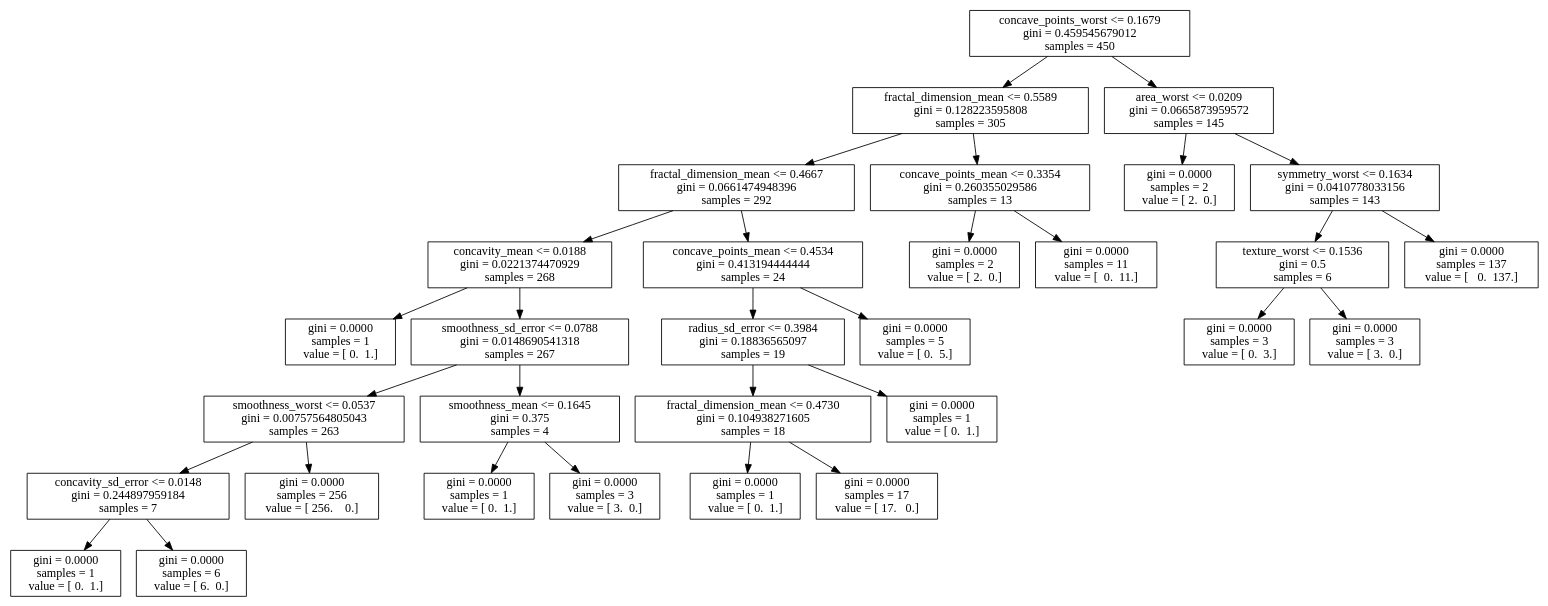
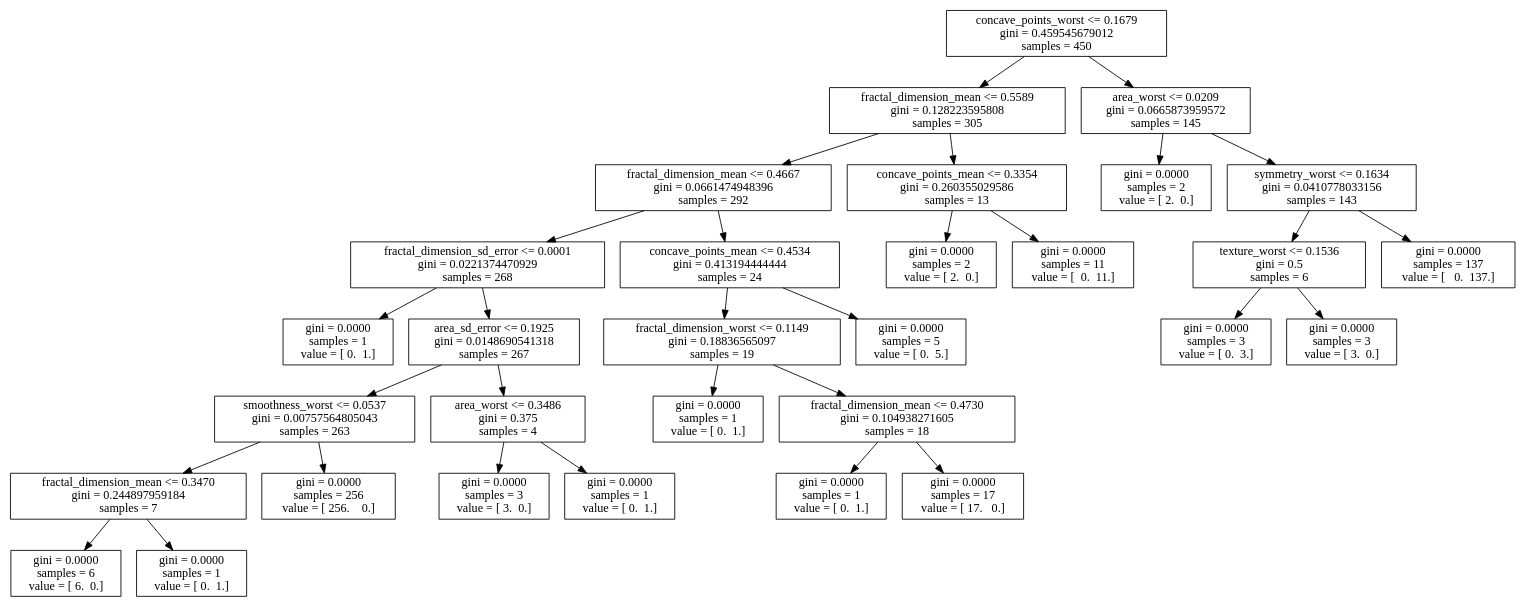
One commit to denisvrdoljak/GAdenis changed the diagram in tree.dot. Above: the diagram before and after it, drawn with Graphviz. The commit also changed 2 other files, not shown here.

```diff
--- a/tree.dot
+++ b/tree.dot
@@ -1,63 +1,63 @@
 digraph Tree {
 0 [label="concave_points_worst <= 0.1679\ngini = 0.459545679012\nsamples = 450", shape="box"] ;
 1 [label="fractal_dimension_mean <= 0.5589\ngini = 0.128223595808\nsamples = 305", shape="box"] ;
 0 -> 1 ;
 2 [label="fractal_dimension_mean <= 0.4667\ngini = 0.0661474948396\nsamples = 292", shape="box"] ;
 1 -> 2 ;
-3 [label="concavity_mean <= 0.0188\ngini = 0.0221374470929\nsamples = 268", shape="box"] ;
+3 [label="fractal_dimension_sd_error <= 0.0001\ngini = 0.0221374470929\nsamples = 268", shape="box"] ;
 2 -> 3 ;
 4 [label="gini = 0.0000\nsamples = 1\nvalue = [ 0.  1.]", shape="box"] ;
 3 -> 4 ;
-5 [label="smoothness_sd_error <= 0.0788\ngini = 0.0148690541318\nsamples = 267", shape="box"] ;
+5 [label="area_sd_error <= 0.1925\ngini = 0.0148690541318\nsamples = 267", shape="box"] ;
 3 -> 5 ;
 6 [label="smoothness_worst <= 0.0537\ngini = 0.00757564805043\nsamples = 263", shape="box"] ;
 5 -> 6 ;
-7 [label="concavity_sd_error <= 0.0148\ngini = 0.244897959184\nsamples = 7", shape="box"] ;
+7 [label="fractal_dimension_mean <= 0.3470\ngini = 0.244897959184\nsamples = 7", shape="box"] ;
 6 -> 7 ;
-8 [label="gini = 0.0000\nsamples = 1\nvalue = [ 0.  1.]", shape="box"] ;
+8 [label="gini = 0.0000\nsamples = 6\nvalue = [ 6.  0.]", shape="box"] ;
 7 -> 8 ;
-9 [label="gini = 0.0000\nsamples = 6\nvalue = [ 6.  0.]", shape="box"] ;
+9 [label="gini = 0.0000\nsamples = 1\nvalue = [ 0.  1.]", shape="box"] ;
 7 -> 9 ;
 10 [label="gini = 0.0000\nsamples = 256\nvalue = [ 256.    0.]", shape="box"] ;
 6 -> 10 ;
-11 [label="smoothness_mean <= 0.1645\ngini = 0.375\nsamples = 4", shape="box"] ;
+11 [label="area_worst <= 0.3486\ngini = 0.375\nsamples = 4", shape="box"] ;
 5 -> 11 ;
-12 [label="gini = 0.0000\nsamples = 1\nvalue = [ 0.  1.]", shape="box"] ;
+12 [label="gini = 0.0000\nsamples = 3\nvalue = [ 3.  0.]", shape="box"] ;
 11 -> 12 ;
-13 [label="gini = 0.0000\nsamples = 3\nvalue = [ 3.  0.]", shape="box"] ;
+13 [label="gini = 0.0000\nsamples = 1\nvalue = [ 0.  1.]", shape="box"] ;
 11 -> 13 ;
 14 [label="concave_points_mean <= 0.4534\ngini = 0.413194444444\nsamples = 24", shape="box"] ;
 2 -> 14 ;
-15 [label="radius_sd_error <= 0.3984\ngini = 0.18836565097\nsamples = 19", shape="box"] ;
+15 [label="fractal_dimension_worst <= 0.1149\ngini = 0.18836565097\nsamples = 19", shape="box"] ;
 14 -> 15 ;
-16 [label="fractal_dimension_mean <= 0.4730\ngini = 0.104938271605\nsamples = 18", shape="box"] ;
+16 [label="gini = 0.0000\nsamples = 1\nvalue = [ 0.  1.]", shape="box"] ;
 15 -> 16 ;
-17 [label="gini = 0.0000\nsamples = 1\nvalue = [ 0.  1.]", shape="box"] ;
-16 -> 17 ;
-18 [label="gini = 0.0000\nsamples = 17\nvalue = [ 17.   0.]", shape="box"] ;
-16 -> 18 ;
-19 [label="gini = 0.0000\nsamples = 1\nvalue = [ 0.  1.]", shape="box"] ;
-15 -> 19 ;
+17 [label="fractal_dimension_mean <= 0.4730\ngini = 0.104938271605\nsamples = 18", shape="box"] ;
+15 -> 17 ;
+18 [label="gini = 0.0000\nsamples = 1\nvalue = [ 0.  1.]", shape="box"] ;
+17 -> 18 ;
+19 [label="gini = 0.0000\nsamples = 17\nvalue = [ 17.   0.]", shape="box"] ;
+17 -> 19 ;
 20 [label="gini = 0.0000\nsamples = 5\nvalue = [ 0.  5.]", shape="box"] ;
 14 -> 20 ;
 21 [label="concave_points_mean <= 0.3354\ngini = 0.260355029586\nsamples = 13", shape="box"] ;
 1 -> 21 ;
 22 [label="gini = 0.0000\nsamples = 2\nvalue = [ 2.  0.]", shape="box"] ;
 21 -> 22 ;
 23 [label="gini = 0.0000\nsamples = 11\nvalue = [  0.  11.]", shape="box"] ;
 21 -> 23 ;
 24 [label="area_worst <= 0.0209\ngini = 0.0665873959572\nsamples = 145", shape="box"] ;
 0 -> 24 ;
 25 [label="gini = 0.0000\nsamples = 2\nvalue = [ 2.  0.]", shape="box"] ;
 24 -> 25 ;
 26 [label="symmetry_worst <= 0.1634\ngini = 0.0410778033156\nsamples = 143", shape="box"] ;
 24 -> 26 ;
 27 [label="texture_worst <= 0.1536\ngini = 0.5\nsamples = 6", shape="box"] ;
 26 -> 27 ;
 28 [label="gini = 0.0000\nsamples = 3\nvalue = [ 0.  3.]", shape="box"] ;
 27 -> 28 ;
 29 [label="gini = 0.0000\nsamples = 3\nvalue = [ 3.  0.]", shape="box"] ;
 27 -> 29 ;
 30 [label="gini = 0.0000\nsamples = 137\nvalue = [   0.  137.]", shape="box"] ;
 26 -> 30 ;
 }
```
